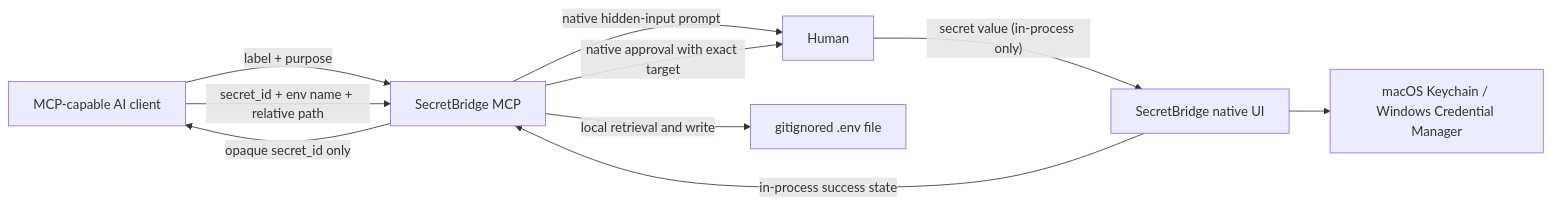
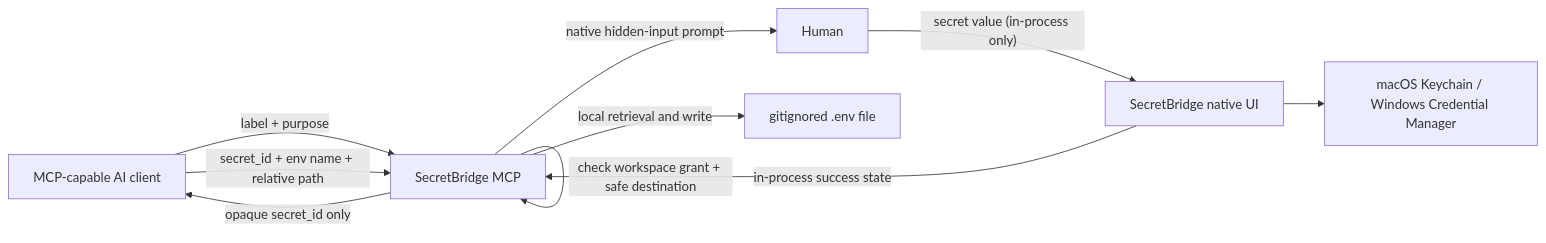
The diagram in README.md (Abomination81/secret-bridge-mcp), drawn with Mermaid before and after one commit. The commit also changed other lines of this file and 13 other files, not shown here.

Commit message:
Use native macOS credential dialogs and workspace consent

````diff
--- a/README.md
+++ b/README.md
@@ -19,12 +19,12 @@
 ```mermaid
 flowchart LR
     AI["MCP-capable AI client"] -->|"label + purpose"| MCP["SecretBridge MCP"]
     MCP -->|"native hidden-input prompt"| User["Human"]
     User -->|"secret value (in-process only)"| Popup["SecretBridge native UI"]
     Popup --> Vault["macOS Keychain / Windows Credential Manager"]
     Popup -->|"in-process success state"| MCP
     MCP -->|"opaque secret_id only"| AI
     AI -->|"secret_id + env name + relative path"| MCP
-    MCP -->|"native approval with exact target"| User
+    MCP -->|"check workspace grant + safe destination"| MCP
     MCP -->|"local retrieval and write"| Env["gitignored .env file"]
 ```
````
